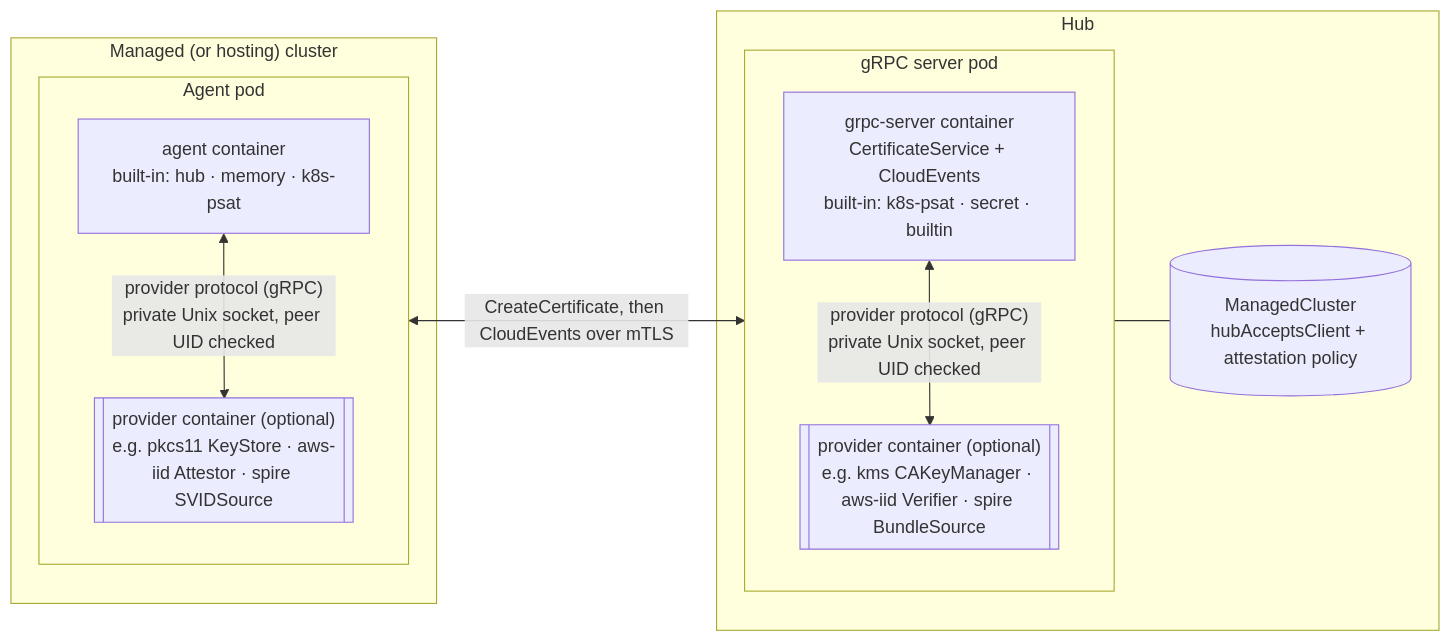
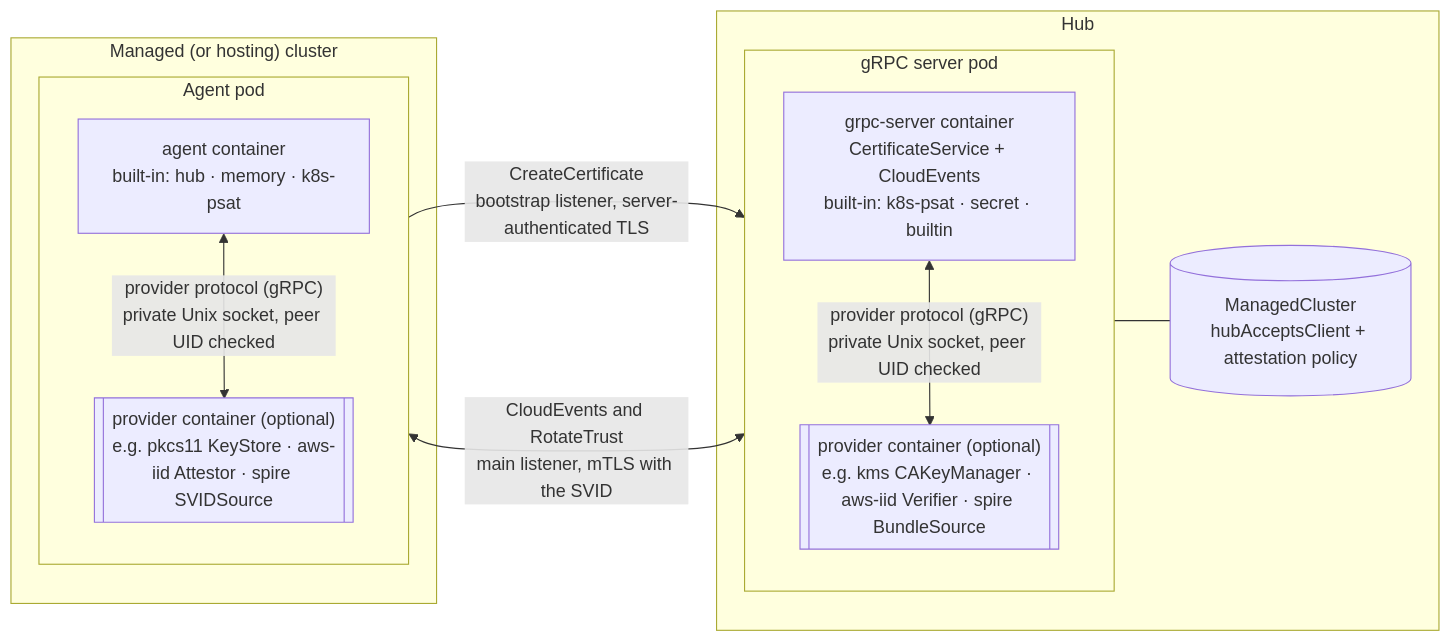
The first of 2 diagrams in enhancements/sig-architecture/199-spiffe-pluggable-registration/README.md (open-cluster-management-io/enhancements), drawn with Mermaid before and after one commit. The commit also changed other lines of this file, not shown here.

First line of the commit message:
📝 Address review: bind identities to evidence, split bootstrap listener

````diff
--- a/enhancements/sig-architecture/199-spiffe-pluggable-registration/README.md
+++ b/enhancements/sig-architecture/199-spiffe-pluggable-registration/README.md
@@ -148,22 +148,23 @@
 ```mermaid
 flowchart LR
   subgraph MC["Managed (or hosting) cluster"]
     subgraph APOD["Agent pod"]
       direction TB
       AG["agent container<br/>built-in: hub · memory · k8s-psat"]
       AP[["provider container (optional)<br/>e.g. pkcs11 KeyStore · aws-iid Attestor · spire SVIDSource"]]
       AG <-- "provider protocol (gRPC)<br/>private Unix socket, peer UID checked" --> AP
     end
   end
   subgraph HUB["Hub"]
     subgraph GPOD["gRPC server pod"]
       direction TB
       GS["grpc-server container<br/>CertificateService + CloudEvents<br/>built-in: k8s-psat · secret · builtin"]
       HP[["provider container (optional)<br/>e.g. kms CAKeyManager · aws-iid Verifier · spire BundleSource"]]
       GS <-- "provider protocol (gRPC)<br/>private Unix socket, peer UID checked" --> HP
     end
     MCR[("ManagedCluster<br/>hubAcceptsClient + attestation policy")]
     GS --- MCR
   end
-  AG <-- "CreateCertificate, then CloudEvents over mTLS" --> GS
+  AG -- "CreateCertificate<br/>bootstrap listener, server-authenticated TLS" --> GS
+  AG <-- "CloudEvents and RotateTrust<br/>main listener, mTLS with the SVID" --> GS
 ```
````
